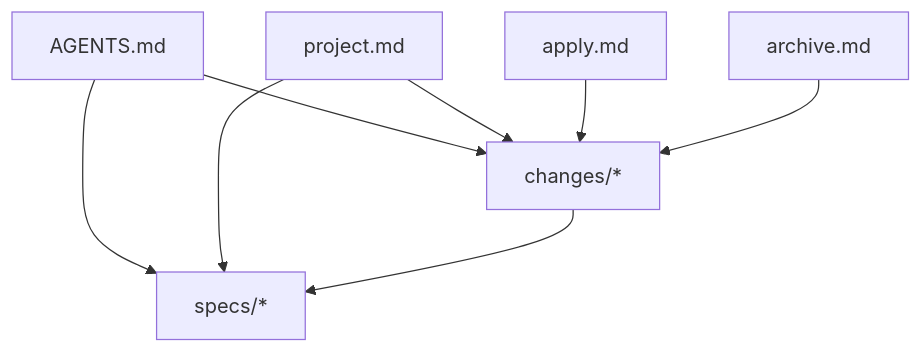
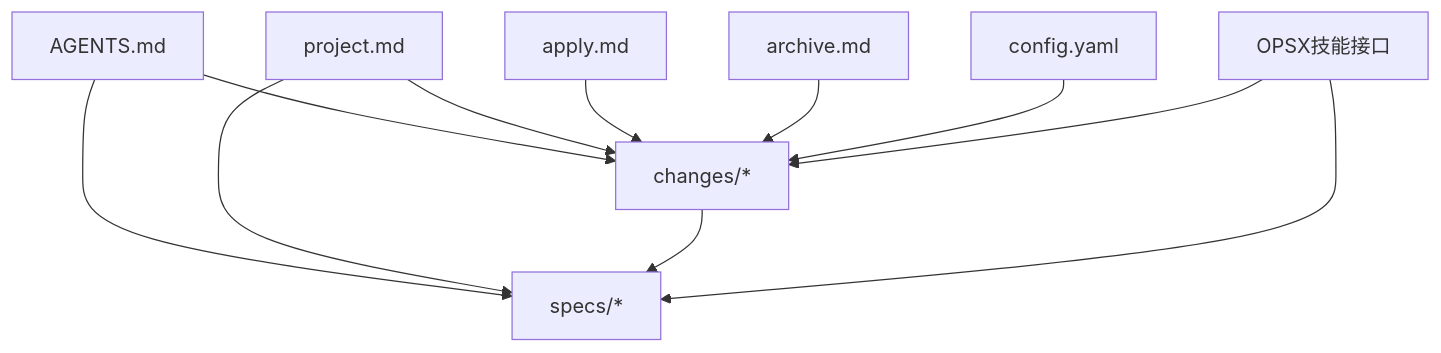
Before and after one commit to terwer/siyuan-plugin-publisher: the seventh of 7 diagrams in .qoder/repowiki/zh/content/开发指南/扩展开发指南/OpenSpec规范.md, drawn with Mermaid. The commit also changed other lines of this file and 9 other files, not shown here.

````diff
--- a/.qoder/repowiki/zh/content/开发指南/扩展开发指南/OpenSpec规范.md
+++ b/.qoder/repowiki/zh/content/开发指南/扩展开发指南/OpenSpec规范.md
@@ -258,16 +332,21 @@
 ```mermaid
 graph TB
 AG["AGENTS.md"]
 PJ["project.md"]
 AP["apply.md"]
 AR["archive.md"]
 CH["changes/*"]
 SP["specs/*"]
+CFG["config.yaml"]
+OPSX["OPSX技能接口"]
 AG --> CH
 AG --> SP
 PJ --> CH
 PJ --> SP
 AP --> CH
 AR --> CH
 CH --> SP
+CFG --> CH
+OPSX --> CH
+OPSX --> SP
 ```
````
